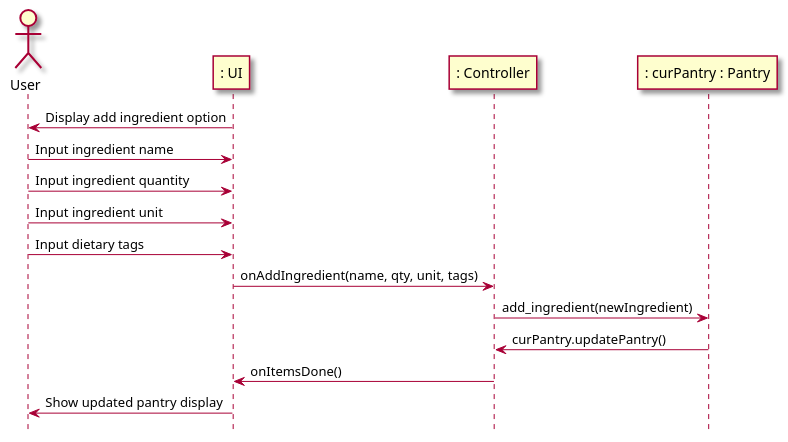
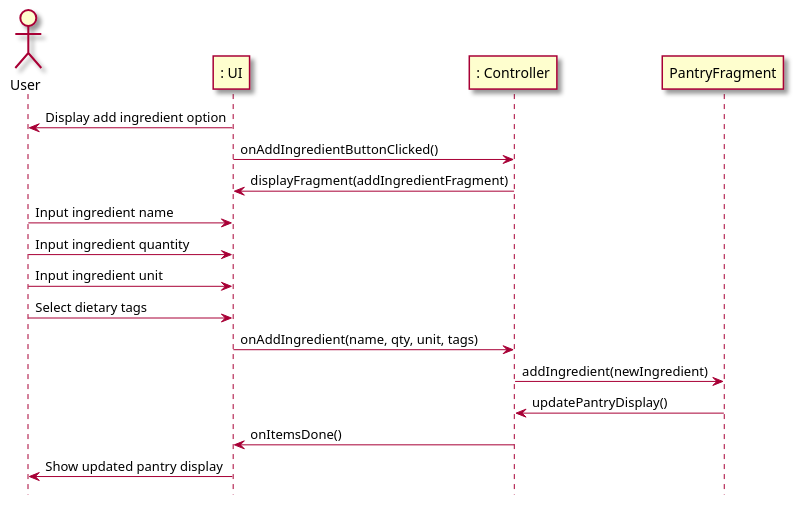
The fourth of 6 diagrams in intellij/doc/use-cases/manage_pantry.md (berthashipper/Pantry-Pal-Android-Application), drawn with PlantUML before and after one commit. The commit also changed other lines of this file, not shown here.

Commit message:
Updated manage_pantry use case to use method call notation

`````diff
--- a/intellij/doc/use-cases/manage_pantry.md
+++ b/intellij/doc/use-cases/manage_pantry.md
@@ -132,25 +109,26 @@
 ```plantuml
 @startuml
 skin rose
 
 hide footbox
 
 actor User as user
 participant ": UI" as ui
 participant ": Controller" as cont
-participant ": curPantry : Pantry" as pantry
 
 ui -> user : Display add ingredient option
+ui -> cont : onAddIngredientButtonClicked()
+cont -> ui: displayFragment(addIngredientFragment)
 user -> ui : Input ingredient name
 user -> ui : Input ingredient quantity
 user -> ui : Input ingredient unit
-user -> ui : Input dietary tags
+user -> ui : Select dietary tags
 ui -> cont : onAddIngredient(name, qty, unit, tags)
-cont -> pantry : add_ingredient(newIngredient)
-pantry -> cont : curPantry.updatePantry()
+cont -> PantryFragment : addIngredient(newIngredient)
+PantryFragment -> cont : updatePantryDisplay()
 cont -> ui : onItemsDone()
 ui -> user : Show updated pantry display
 
 @enduml
 
 ````
`````
